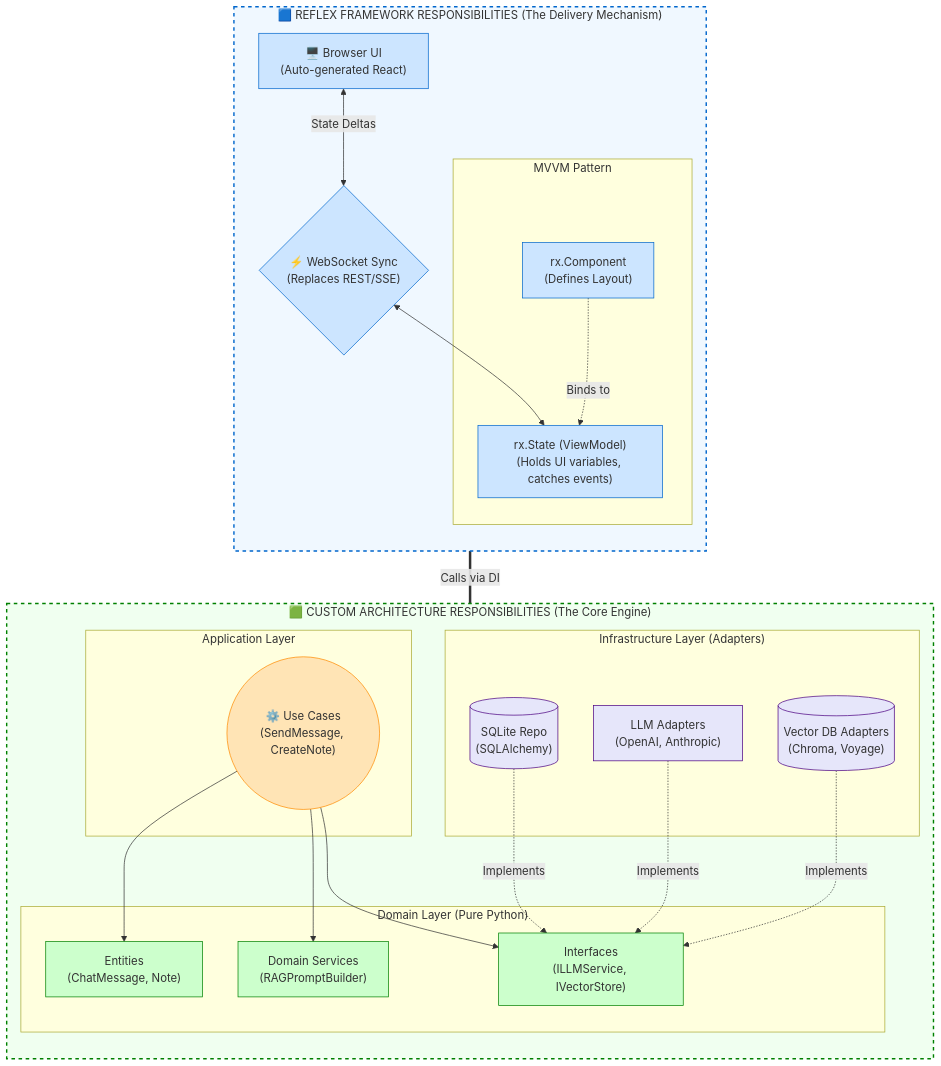
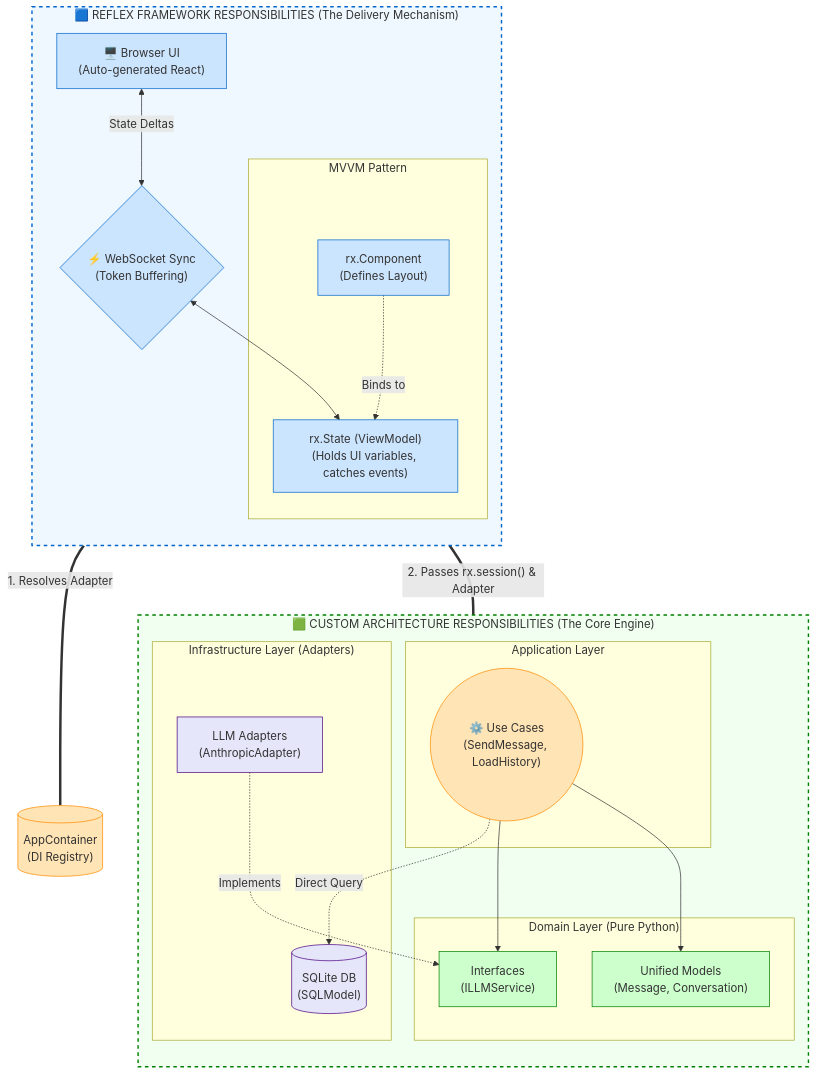
The second of 2 diagrams in doc/02-architecture.md (m1981/mychat-reflex), drawn with Mermaid before and after one commit. The commit also changed other lines of this file, not shown here.

Commit message:
docs: update architecture diagrams with unified models

````diff
--- a/doc/02-architecture.md
+++ b/doc/02-architecture.md
@@ -45,68 +50,64 @@
 ```mermaid
 flowchart TB
     %% --- REFLEX BOUNDARY ---
     subgraph ReflexZone ["🟦 REFLEX FRAMEWORK RESPONSIBILITIES (The Delivery Mechanism)"]
         direction TB
         UI["🖥️ Browser UI<br/>(Auto-generated React)"]
-        WS{"⚡ WebSocket Sync<br/>(Replaces REST/SSE)"}
+        WS{"⚡ WebSocket Sync<br/>(Token Buffering)"}
 
         subgraph MVVM ["MVVM Pattern"]
             VIEW["rx.Component<br/>(Defines Layout)"]
             STATE["rx.State (ViewModel)<br/>(Holds UI variables, catches events)"]
         end
 
         UI <-->|State Deltas| WS
         WS <--> STATE
         VIEW -.->|Binds to| STATE
     end
 
     %% --- THE BRIDGE ---
-    STATE == "Calls via DI" === UC
+    STATE == "1. Resolves Adapter" === DI[("AppContainer<br/>(DI Registry)")]
+    STATE == "2. Passes rx.session() & Adapter" === UC
 
     %% --- CUSTOM ARCHITECTURE BOUNDARY ---
     subgraph ArchZone ["🟩 CUSTOM ARCHITECTURE RESPONSIBILITIES (The Core Engine)"]
         direction TB
 
         subgraph AppLayer ["Application Layer"]
-            UC(("⚙️ Use Cases<br/>(SendMessage, CreateNote)"))
+            UC(("⚙️ Use Cases<br/>(SendMessage, LoadHistory)"))
         end
 
         subgraph DomainLayer ["Domain Layer (Pure Python)"]
-            ENT["Entities<br/>(ChatMessage, Note)"]
-            INT["Interfaces<br/>(ILLMService, IVectorStore)"]
-            PB["Domain Services<br/>(RAGPromptBuilder)"]
+            ENT["Unified Models<br/>(Message, Conversation)"]
+            INT["Interfaces<br/>(ILLMService)"]
         end
 
         subgraph InfraLayer ["Infrastructure Layer (Adapters)"]
-            SQL[("SQLite Repo<br/>(SQLAlchemy)")]
-            LLM["LLM Adapters<br/>(OpenAI, Anthropic)"]
-            VDB[("Vector DB Adapters<br/>(Chroma, Voyage)")]
+            SQL[("SQLite DB<br/>(SQLModel)")]
+            LLM["LLM Adapters<br/>(AnthropicAdapter)"]
         end
 
         UC --> ENT
-        UC --> PB
         UC --> INT
 
-        SQL -.->|Implements| INT
         LLM -.->|Implements| INT
-        VDB -.->|Implements| INT
+        UC -.->|Direct Query| SQL
     end
 
     %% Styling
     style ReflexZone fill:#f0f8ff,stroke:#0066cc,stroke-width:2px,stroke-dasharray: 5 5
     style ArchZone fill:#f0fff0,stroke:#008000,stroke-width:2px,stroke-dasharray: 5 5
 
     style UI fill:#cce5ff,stroke:#0066cc
     style WS fill:#cce5ff,stroke:#0066cc
     style VIEW fill:#cce5ff,stroke:#0066cc
     style STATE fill:#cce5ff,stroke:#0066cc
+    style DI fill:#ffe4b5,stroke:#ff8c00
 
     style UC fill:#ffe4b5,stroke:#ff8c00
     style ENT fill:#ccffcc,stroke:#008000
     style INT fill:#ccffcc,stroke:#008000
-    style PB fill:#ccffcc,stroke:#008000
 
     style SQL fill:#e6e6fa,stroke:#4b0082
     style LLM fill:#e6e6fa,stroke:#4b0082
-    style VDB fill:#e6e6fa,stroke:#4b0082
 ```
````
